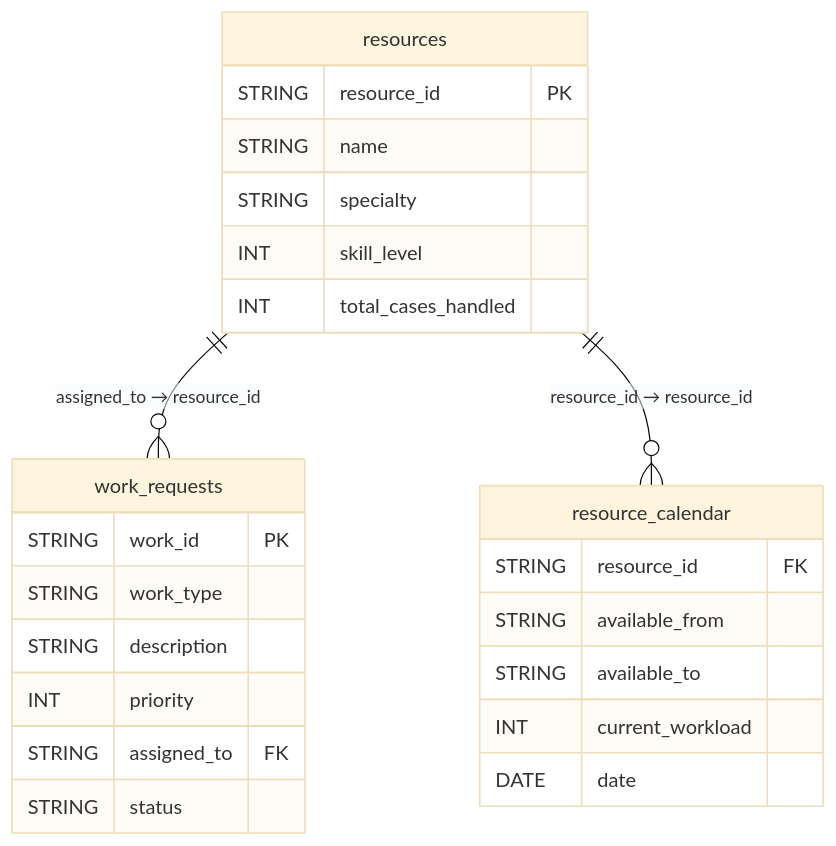
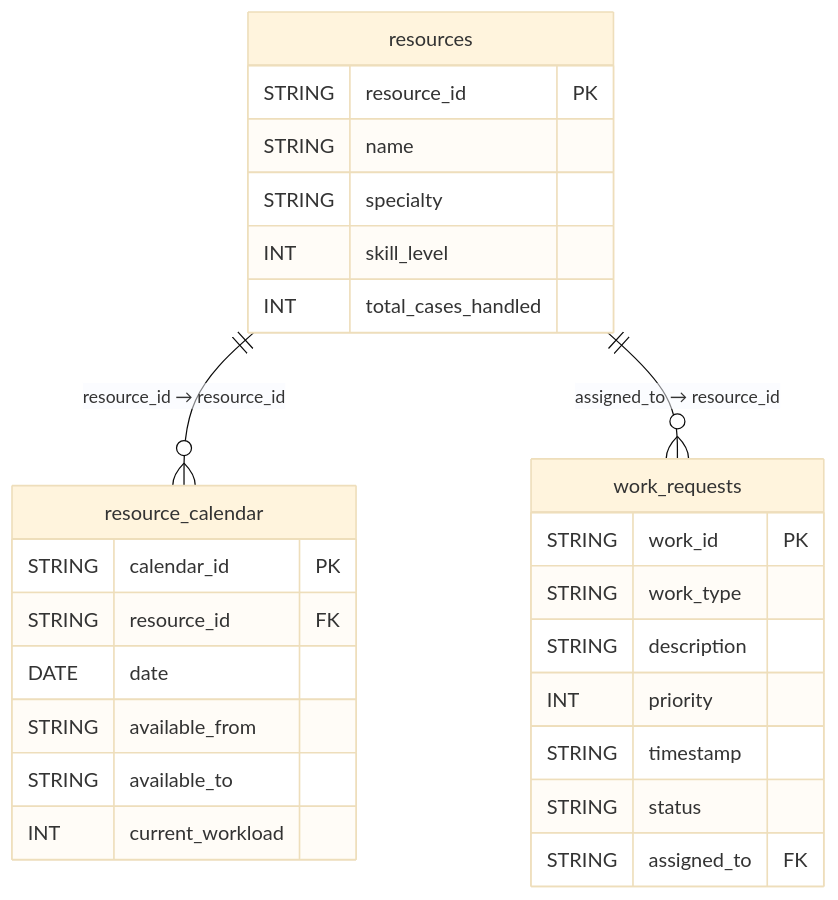
The first of 2 diagrams in README.md (Divyanshi1002/assignment), drawn with Mermaid (base theme) before and after one commit.

````diff
--- a/README.md
+++ b/README.md
@@ -69,33 +69,34 @@
 ```mermaid
 erDiagram
 
     work_requests {
         STRING work_id PK
         STRING work_type
         STRING description
         INT priority
+        STRING timestamp
+        STRING status
         STRING assigned_to FK
-        STRING status
     }
 
     resources {
         STRING resource_id PK
         STRING name
         STRING specialty
         INT skill_level
         INT total_cases_handled
-       
     }
 
     resource_calendar {
+        STRING calendar_id PK
         STRING resource_id FK
+        DATE date
         STRING available_from
         STRING available_to
         INT current_workload
-        DATE date
     }
 
     %% Relationships
+    resources ||--o{ resource_calendar : "resource_id → resource_id"
     resources ||--o{ work_requests : "assigned_to → resource_id"
-    resources ||--o{ resource_calendar : "resource_id → resource_id"
 ```
````
